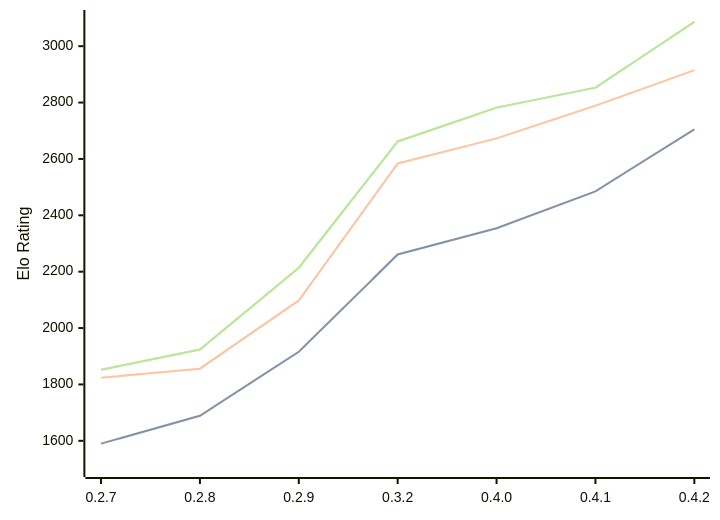
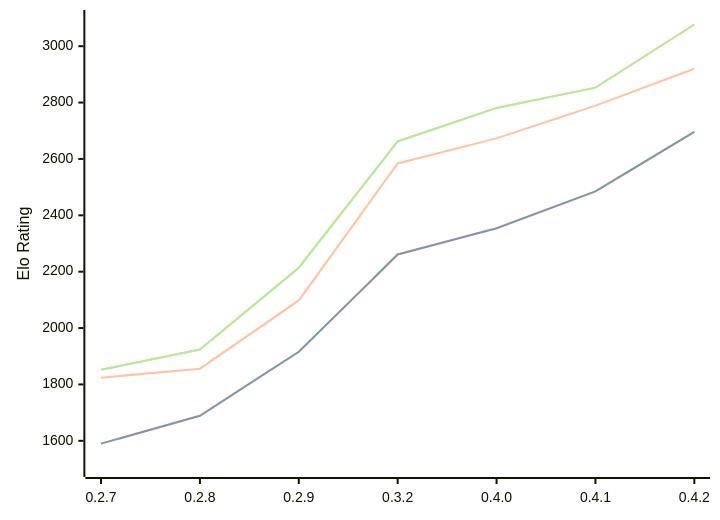
One commit to computer-chess-index/cci changed the diagram in engines/Dual.md. Above: the diagram before and after it, drawn with Mermaid. The commit also changed other lines of this file, not shown here.

Commit message:
Update CCI Ratings (ELO VLTC) - 2026-08-17

````diff
--- a/engines/Dual.md
+++ b/engines/Dual.md
@@ -39,11 +39,11 @@
 ```mermaid
 %%{init: {"theme":"base","themeVariables":{"seriesColors:['#a3a3a3','#222221','#faa371']}}}%%
 xychart-beta
   x-axis ["0.2.7", "0.2.8", "0.2.9", "0.3.2", "0.4.0", "0.4.1", "0.4.2"]
   y-axis "Elo Rating" 1500 --> 3100
-  line "STC (8.0+0.08s)" [1590, 1689, 1916, 2261, 2354, 2485, 2705]
-  line "STC (8.0+0.08s)" [1590, 1689, 1916, 2261, 2354, 2485, 2705]
-  line "LTC (60.0+0.60s)" [1824, 1856, 2098, 2584, 2673, 2789, 2915]
-  line "VLTC (2m24s+1.12s)" [1852, 1924, 2214, 2662, 2782, 2853, 3086]
-  line "VLTC (2m24s+1.12s)" [1852, 1924, 2214, 2662, 2782, 2853, 3086]
+  line "STC (8.0+0.08s)" [1590, 1689, 1916, 2261, 2354, 2485, 2696]
+  line "STC (8.0+0.08s)" [1590, 1689, 1916, 2261, 2354, 2485, 2696]
+  line "LTC (60.0+0.60s)" [1824, 1856, 2098, 2584, 2673, 2789, 2920]
+  line "VLTC (2m24s+1.12s)" [1852, 1924, 2214, 2662, 2781, 2853, 3077]
+  line "VLTC (2m24s+1.12s)" [1852, 1924, 2214, 2662, 2781, 2853, 3077]
 ```
````
